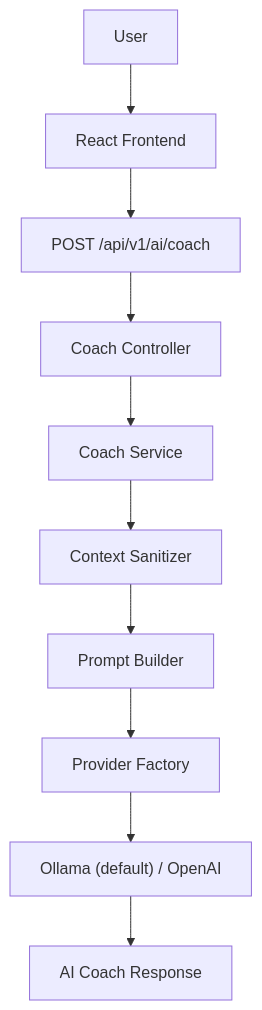
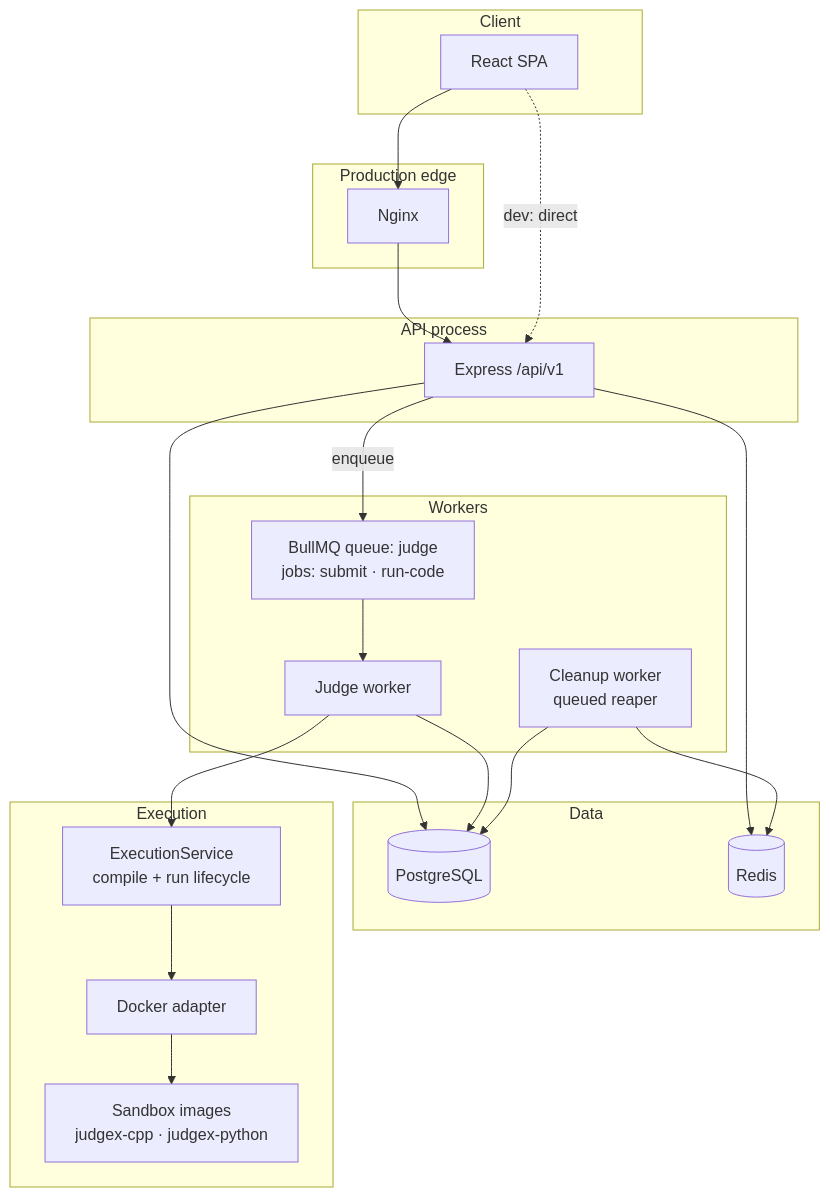
One commit to ReshwanthKudikala/JudgeX changed the second of 5 diagrams in README.md. Above: the diagram before and after it, drawn with Mermaid. The commit also changed other lines of this file, not shown here.

````diff
--- a/README.md
+++ b/README.md
@@ -216,15 +216,42 @@
 ```mermaid
-flowchart TD
-  U[User]
-  FE[React Frontend]
-  EP["POST /api/v1/ai/coach"]
-  CC[Coach Controller]
-  CS[Coach Service]
-  SAN[Context Sanitizer]
-  PB[Prompt Builder]
-  PF[Provider Factory]
-  PRV["Ollama (default) / OpenAI"]
-  RES[AI Coach Response]
+flowchart TB
+  subgraph Client
+    FE[React SPA]
+  end
 
-  U --> FE --> EP --> CC --> CS --> SAN --> PB --> PF --> PRV --> RES
+  subgraph Edge["Production edge"]
+    NGX[Nginx]
+  end
+
+  subgraph API["API process"]
+    REST[Express /api/v1]
+  end
+
+  subgraph Data
+    PG[(PostgreSQL)]
+    RD[(Redis)]
+  end
+
+  subgraph Workers
+    BQ["BullMQ queue: judge<br/>jobs: submit · run-code"]
+    JW[Judge worker]
+    CW[Cleanup worker<br/>queued reaper]
+  end
+
+  subgraph Execution
+    ES[ExecutionService<br/>compile + run lifecycle]
+    DA[Docker adapter]
+    SB[Sandbox images<br/>judgex-cpp · judgex-python]
+  end
+
+  FE --> NGX --> REST
+  FE -.->|dev: direct| REST
+  REST --> PG
+  REST --> RD
+  REST -->|enqueue| BQ
+  BQ --> JW
+  JW --> PG
+  JW --> ES --> DA --> SB
+  CW --> PG
+  CW --> RD
 ```
````
